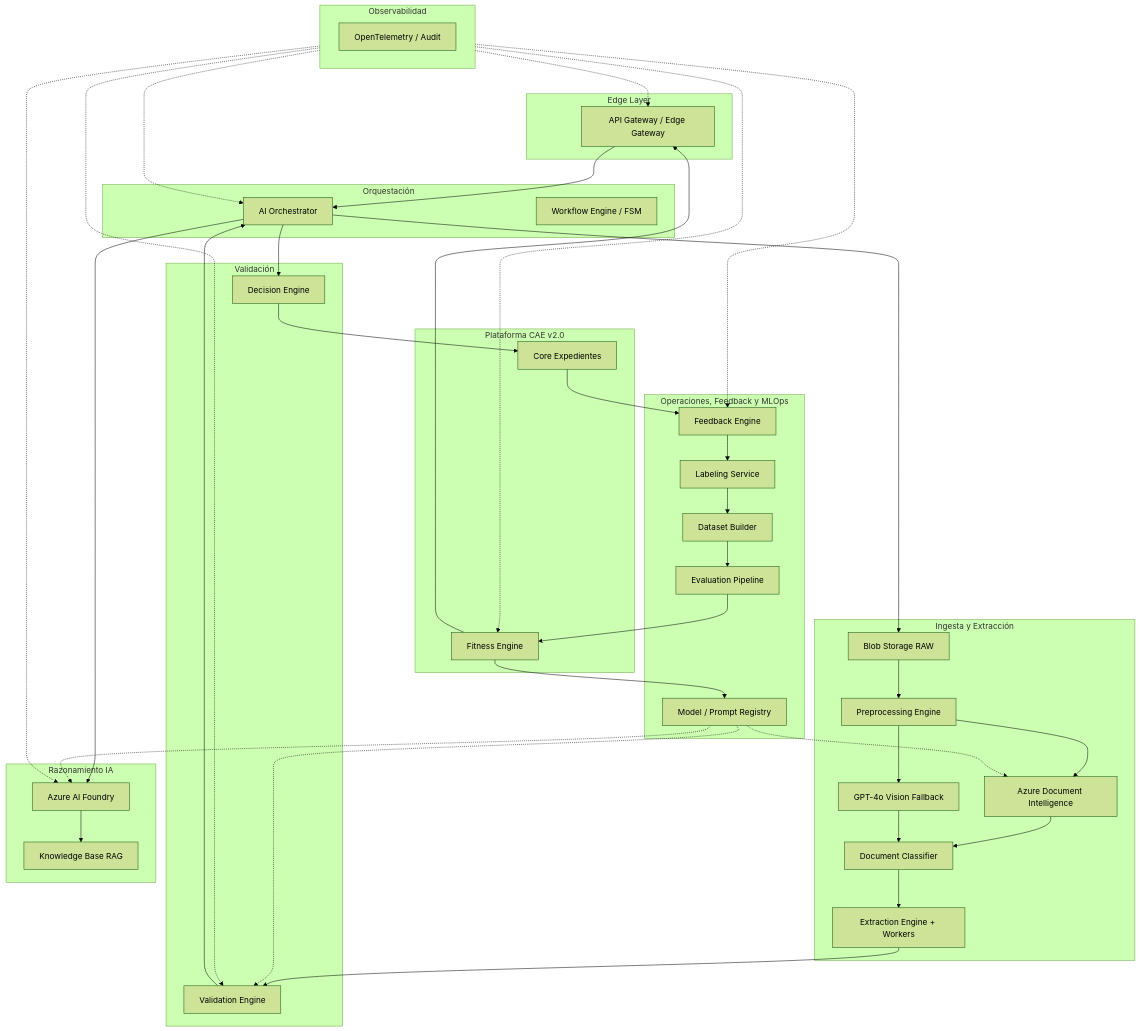
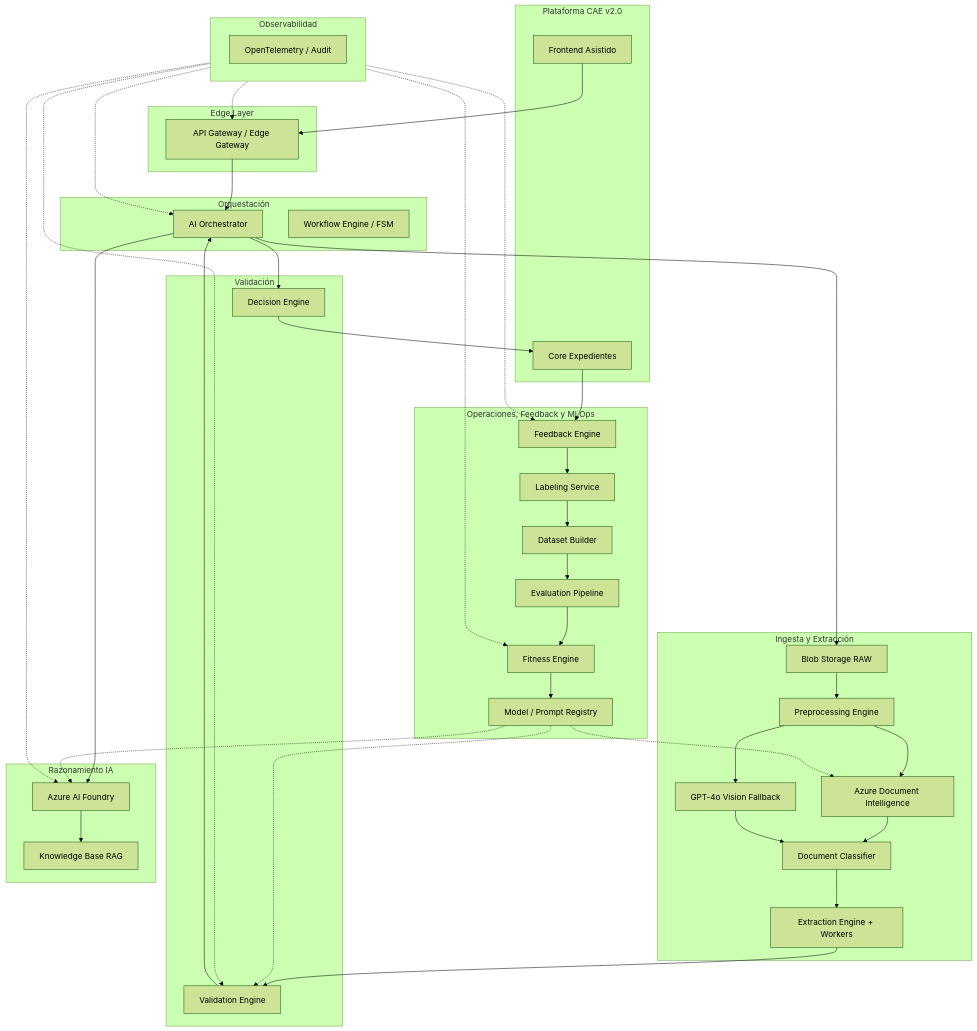
The first of 14 diagrams in caedocs/DISENO-TECNICO-v3.0.md (angelnietos/erp), drawn with Mermaid (forest theme) before and after one commit. The commit also changed other lines of this file and 8 other files, not shown here.

````diff
--- a/caedocs/DISENO-TECNICO-v3.0.md
+++ b/caedocs/DISENO-TECNICO-v3.0.md
@@ -106,72 +106,72 @@
 ```mermaid
 flowchart TB
     subgraph CAE["Plataforma CAE v2.0"]
         FE["Frontend Asistido"]
         CORE["Core Expedientes"]
     end
 
     subgraph EDGE["Edge Layer"]
         GW["API Gateway / Edge Gateway"]
     end
 
     subgraph ORCH["Orquestación"]
         AO["AI Orchestrator"]
         WE["Workflow Engine / FSM"]
     end
 
     subgraph INGEST["Ingesta y Extracción"]
         BLOB["Blob Storage RAW"]
         PRE["Preprocessing Engine"]
         DI["Azure Document Intelligence"]
         VLM["GPT-4o Vision Fallback"]
         CLS["Document Classifier"]
         EXT["Extraction Engine + Workers"]
     end
 
     subgraph VALID["Validación"]
         VE["Validation Engine"]
         DE["Decision Engine"]
     end
 
     subgraph AI["Razonamiento IA"]
         FDR["Azure AI Foundry"]
         KB["Knowledge Base RAG"]
     end
 
     subgraph OPS["Operaciones, Feedback y MLOps"]
         FB["Feedback Engine"]
         LB["Labeling Service"]
         DS["Dataset Builder"]
-        FE["Fitness Engine"]
+        FIT["Fitness Engine"]
         EV["Evaluation Pipeline"]
         MR["Model / Prompt Registry"]
     end
 
     subgraph OBS["Observabilidad"]
         OT["OpenTelemetry / Audit"]
     end
 
     FE --> GW
     GW --> AO
     AO --> BLOB
     BLOB --> PRE
     PRE --> DI
     PRE --> VLM
     DI --> CLS
     VLM --> CLS
     CLS --> EXT
     EXT --> VE
     VE --> AO
     AO --> FDR
     FDR --> KB
     AO --> DE
     DE --> CORE
     CORE --> FB
     FB --> LB
     LB --> DS
     DS --> EV
-    EV --> FE
-    FE --> MR
+    EV --> FIT
+    FIT --> MR
     MR -.-> DI & FDR & VE
-    OBS -.-> GW & AO & VE & FDR & FB & FE
+    OBS -.-> GW & AO & VE & FDR & FB & FIT
 ```
````
